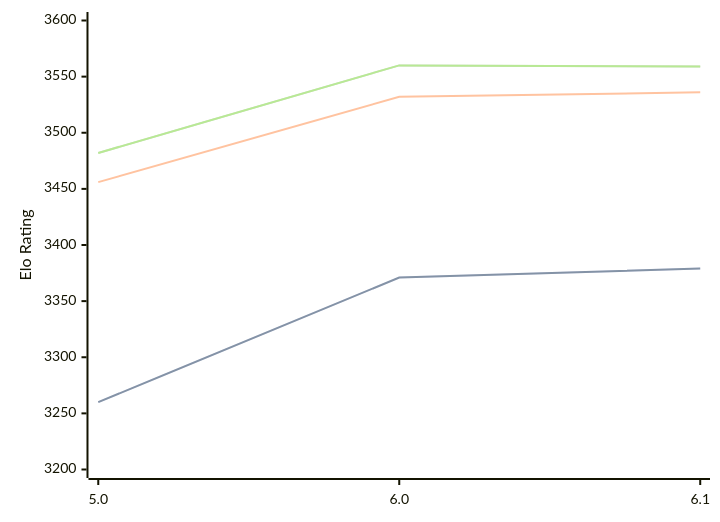
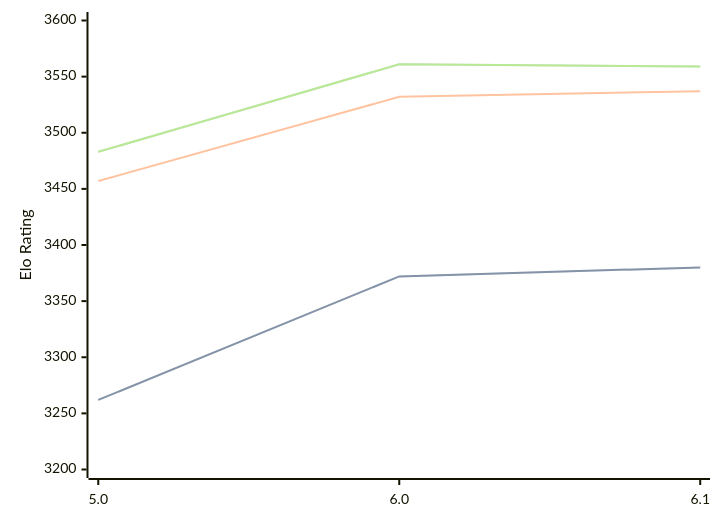
One commit to computer-chess-index/cci changed the diagram in engines/Starzix.md. Above: the diagram before and after it, drawn with Mermaid. The commit also changed other lines of this file, not shown here.

Commit message:
Update CCI Ratings (ELO VLTC) - 2026-05-14

````diff
--- a/engines/Starzix.md
+++ b/engines/Starzix.md
@@ -37,11 +37,11 @@
 ```mermaid
 %%{init: {"theme":"base","themeVariables":{"seriesColors:['#a3a3a3','#222221','#faa371']}}}%%
 xychart-beta
   x-axis ["5.0", "6.0", "6.1"]
   y-axis "Elo Rating" 3200 --> 3600
-  line "STC (8.0+0.08s)" [3260, 3371, 3379]
-  line "STC (8.0+0.08s)" [3260, 3371, 3379]
-  line "LTC (60.0+0.60s)" [3456, 3532, 3536]
-  line "VLTC (2m24s+1.12s)" [3482, 3560, 3559]
-  line "VLTC (2m24s+1.12s)" [3482, 3560, 3559]
+  line "STC (8.0+0.08s)" [3262, 3372, 3380]
+  line "STC (8.0+0.08s)" [3262, 3372, 3380]
+  line "LTC (60.0+0.60s)" [3457, 3532, 3537]
+  line "VLTC (2m24s+1.12s)" [3483, 3561, 3559]
+  line "VLTC (2m24s+1.12s)" [3483, 3561, 3559]
 ```
````
